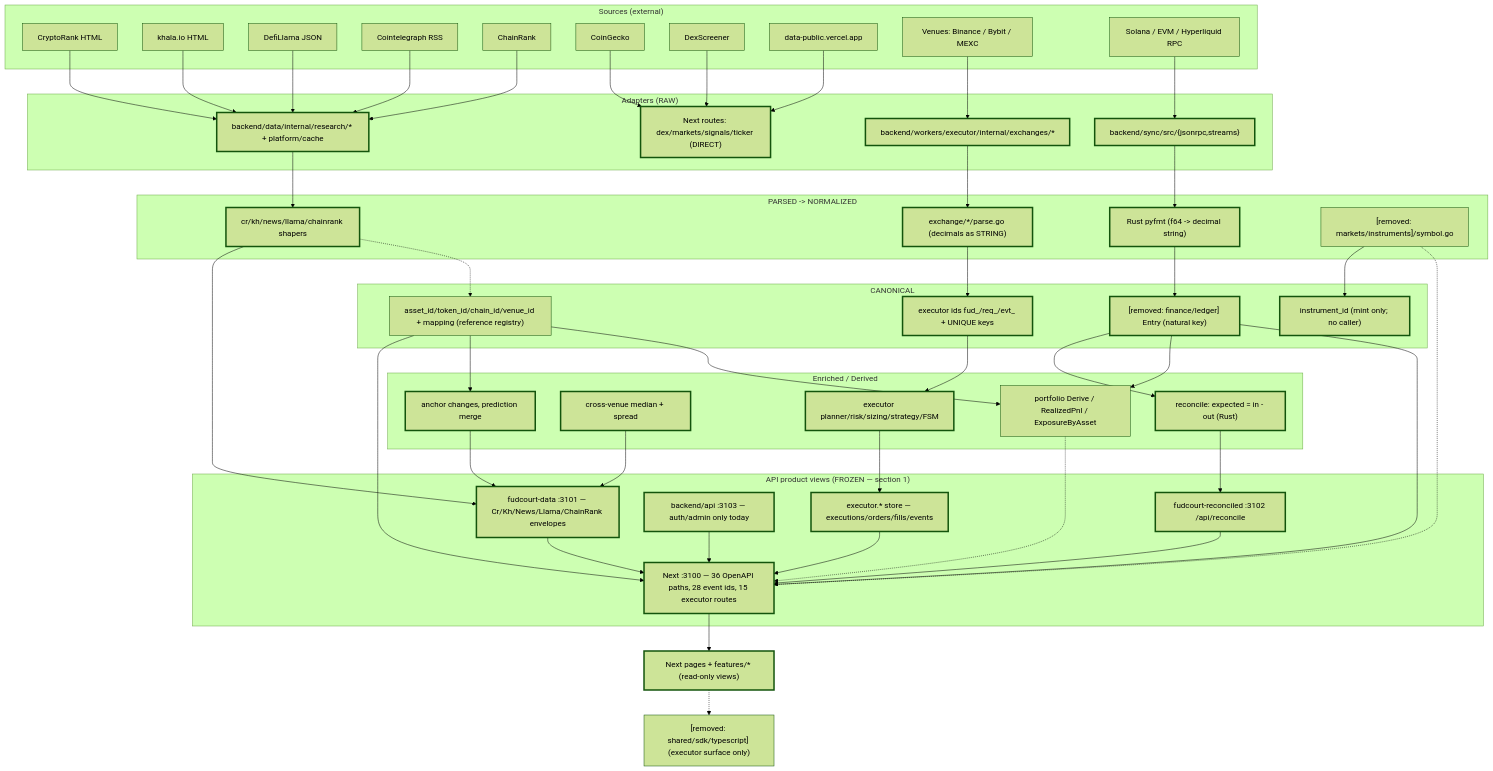
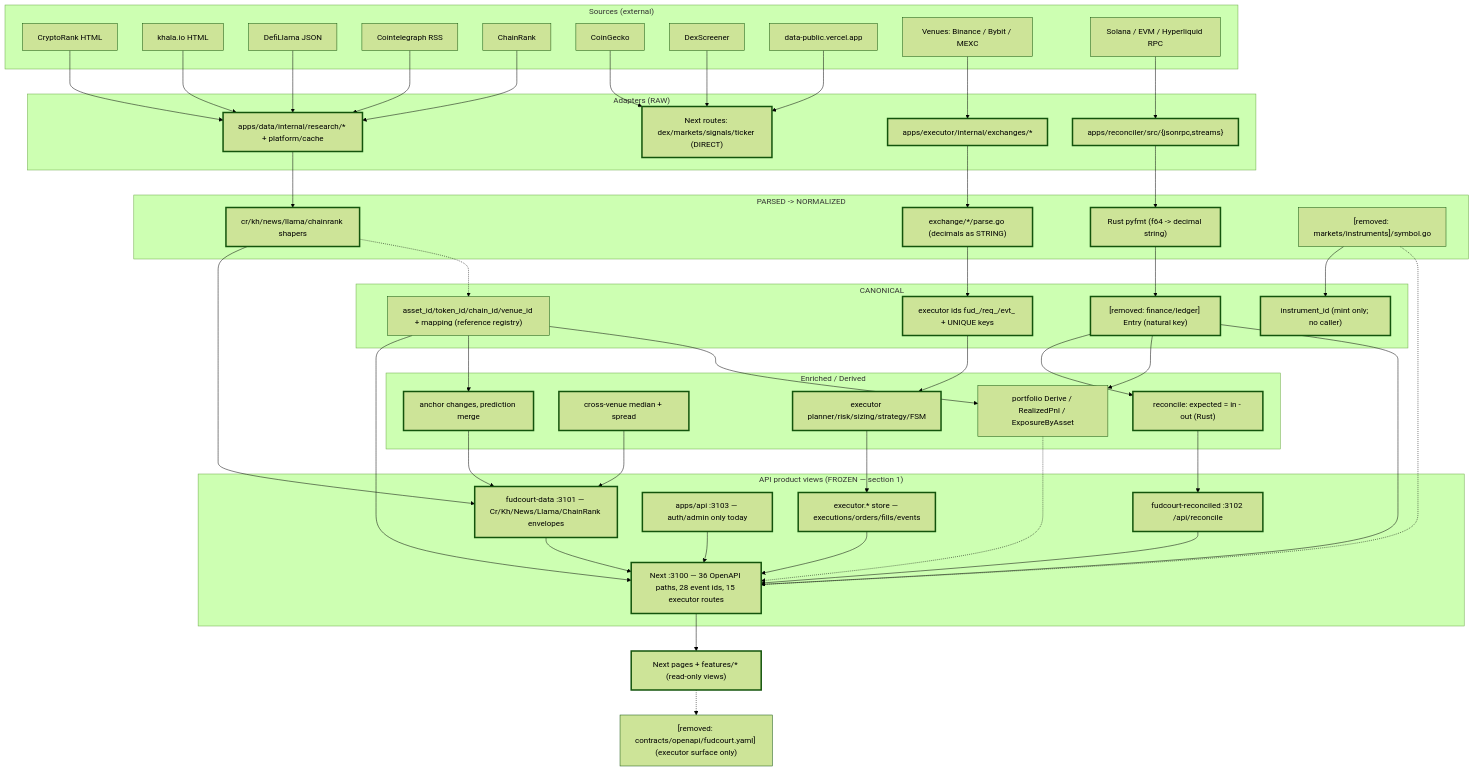
One commit to anvxxr-arch/fudcourt changed the diagram in docs/architecture/canonical-placement.md. Above: the diagram before and after it, drawn with Mermaid (forest theme). The commit also changed other lines of this file and 161 other files, not shown here.

````diff
--- a/docs/architecture/canonical-placement.md
+++ b/docs/architecture/canonical-placement.md
@@ -224,60 +224,60 @@
 ```mermaid
 flowchart TD
   subgraph S["Sources (external)"]
     CR[CryptoRank HTML]; KH[khala.io HTML]; LL[DefiLlama JSON]; NW[Cointelegraph RSS]; CHR[ChainRank]
     CG[CoinGecko]; DXS[DexScreener]; SIG[data-public.vercel.app]
     VEN["Venues: Binance / Bybit / MEXC"]; CHN["Solana / EVM / Hyperliquid RPC"]
   end
   subgraph A["Adapters (RAW)"]
-    ADC1["backend/data/internal/research/* + platform/cache"]
+    ADC1["apps/data/internal/research/* + platform/cache"]
     ADC2["Next routes: dex/markets/signals/ticker (DIRECT)"]
-    ADC3["backend/workers/executor/internal/exchanges/*"]
-    ADC4["backend/sync/src/{jsonrpc,streams}"]
+    ADC3["apps/executor/internal/exchanges/*"]
+    ADC4["apps/reconciler/src/{jsonrpc,streams}"]
   end
   subgraph N["PARSED -> NORMALIZED"]
     N1["cr/kh/news/llama/chainrank shapers"]
     N2["exchange/*/parse.go (decimals as STRING)"]
     N3["Rust pyfmt (f64 -> decimal string)"]
     N4["[removed: markets/instruments]/symbol.go"]
   end
   subgraph C["CANONICAL"]
     C1["asset_id/token_id/chain_id/venue_id + mapping (reference registry)"]
     C2["instrument_id (mint only; no caller)"]
     C3["executor ids fud_/req_/evt_ + UNIQUE keys"]
     C4["[removed: finance/ledger] Entry (natural key)"]
   end
   subgraph E["Enriched / Derived"]
     E1["anchor changes, prediction merge"]
     E2["cross-venue median + spread"]
     E3["reconcile: expected = in - out (Rust)"]
     E4["portfolio Derive / RealizedPnl / ExposureByAsset"]
     E5["executor planner/risk/sizing/strategy/FSM"]
   end
   subgraph P["API product views (FROZEN — section 1)"]
     P1["fudcourt-data :3101 — Cr/Kh/News/Llama/ChainRank envelopes"]
     P2["fudcourt-reconciled :3102 /api/reconcile"]
-    P3["backend/api :3103 — auth/admin only today"]
+    P3["apps/api :3103 — auth/admin only today"]
     P4["Next :3100 — 36 OpenAPI paths, 28 event ids, 15 executor routes"]
     P5["executor.* store — executions/orders/fills/events"]
   end
   F1["Next pages + features/* (read-only views)"]
-  F2["[removed: shared/sdk/typescript] (executor surface only)"]
+  F2["[removed: contracts/openapi/fudcourt.yaml] (executor surface only)"]
 
   CR --> ADC1; KH --> ADC1; LL --> ADC1; NW --> ADC1; CHR --> ADC1
   CG --> ADC2; DXS --> ADC2; SIG --> ADC2
   VEN --> ADC3; CHN --> ADC4
   ADC1 --> N1; ADC3 --> N2; ADC4 --> N3
   N4 --> C2
   N1 --> P1; N2 --> C3; N3 --> C4
   C3 --> E5; C4 --> E3; C4 --> E4
   E1 --> P1; E2 --> P1; E3 --> P2; E5 --> P5
   C1 --> P4; C4 --> P4; P1 --> P4; P2 --> P4; P5 --> P4; P3 --> P4
   C1 --> E1; C1 --> E4
   N1 -.-> C1
   N4 -.-> P4
   E4 -.-> P4
   P4 --> F1
   F1 -.-> F2
   classDef served stroke-width:3px
   class ADC1,ADC2,ADC3,ADC4,N1,N2,N3,C2,C3,C4,E1,E2,E3,E5,P1,P2,P3,P4,P5,F1 served
 ```
````
